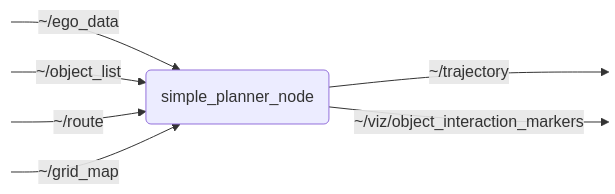
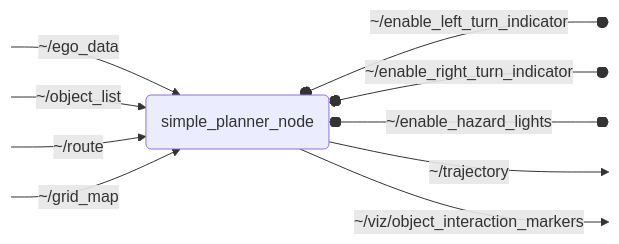
The diagram in simple_planner/README.md (openads-project/simple_planner), drawn with Mermaid before and after one commit. The commit also changed other lines of this file and 2 other files, not shown here.

````diff
--- a/simple_planner/README.md
+++ b/simple_planner/README.md
@@ -9,11 +9,14 @@
 ```mermaid
 flowchart LR
     NODE("simple_planner_node")
     S0:::hidden -->|~/ego_data| NODE
     S1:::hidden -->|~/object_list| NODE
     S2:::hidden -->|~/route| NODE
     S3:::hidden -->|~/grid_map| NODE
+    NODE o--o|~/enable_left_turn_indicator| SC0:::hidden
+    NODE o--o|~/enable_right_turn_indicator| SC1:::hidden
+    NODE o--o|~/enable_hazard_lights| SC2:::hidden
     NODE -->|~/trajectory| P0:::hidden
     NODE -->|~/viz/object_interaction_markers| P1:::hidden
     classDef hidden display: none;
 ```
````
